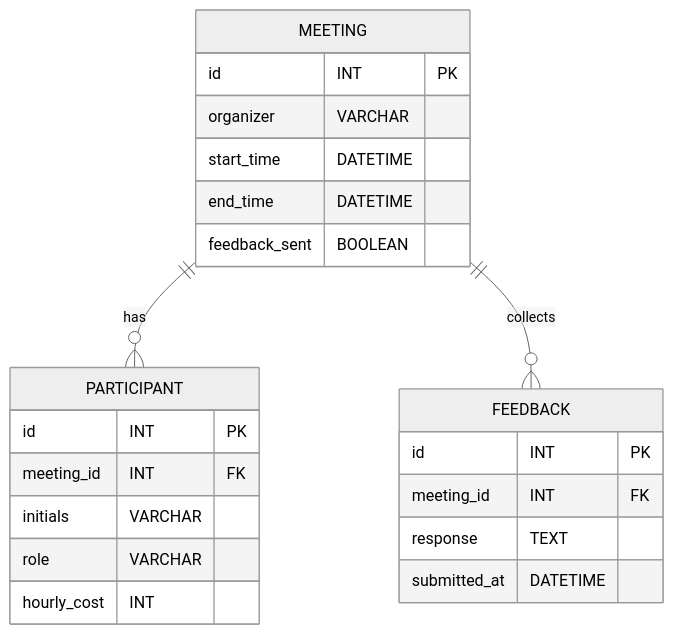
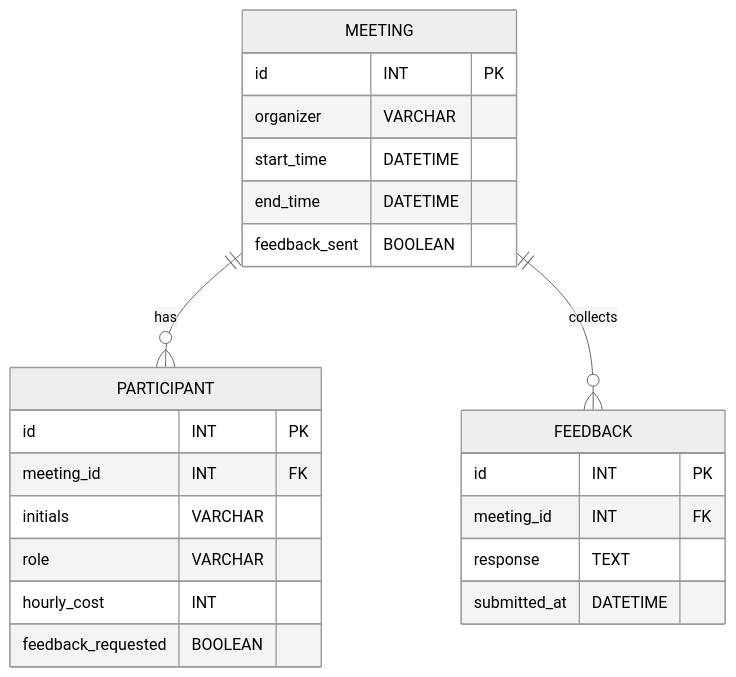
Before and after one commit to Morsianeren/meeting-calculator-bot: the diagram in doc/database-structure.md, drawn with Mermaid (neutral theme). The commit also changed 3 other files, not shown here.

````diff
--- a/doc/database-structure.md
+++ b/doc/database-structure.md
@@ -3,25 +3,26 @@
 ```mermaid
 erDiagram
     MEETING {
         id INT PK
         organizer VARCHAR
         start_time DATETIME
         end_time DATETIME
         feedback_sent BOOLEAN
     }
     PARTICIPANT {
         id INT PK
         meeting_id INT FK
         initials VARCHAR
         role VARCHAR
         hourly_cost INT
+        feedback_requested BOOLEAN
     }
     FEEDBACK {
         id INT PK
         meeting_id INT FK
         response TEXT
         submitted_at DATETIME
     }
     MEETING ||--o{ PARTICIPANT : has
     MEETING ||--o{ FEEDBACK : collects
 ```
````
